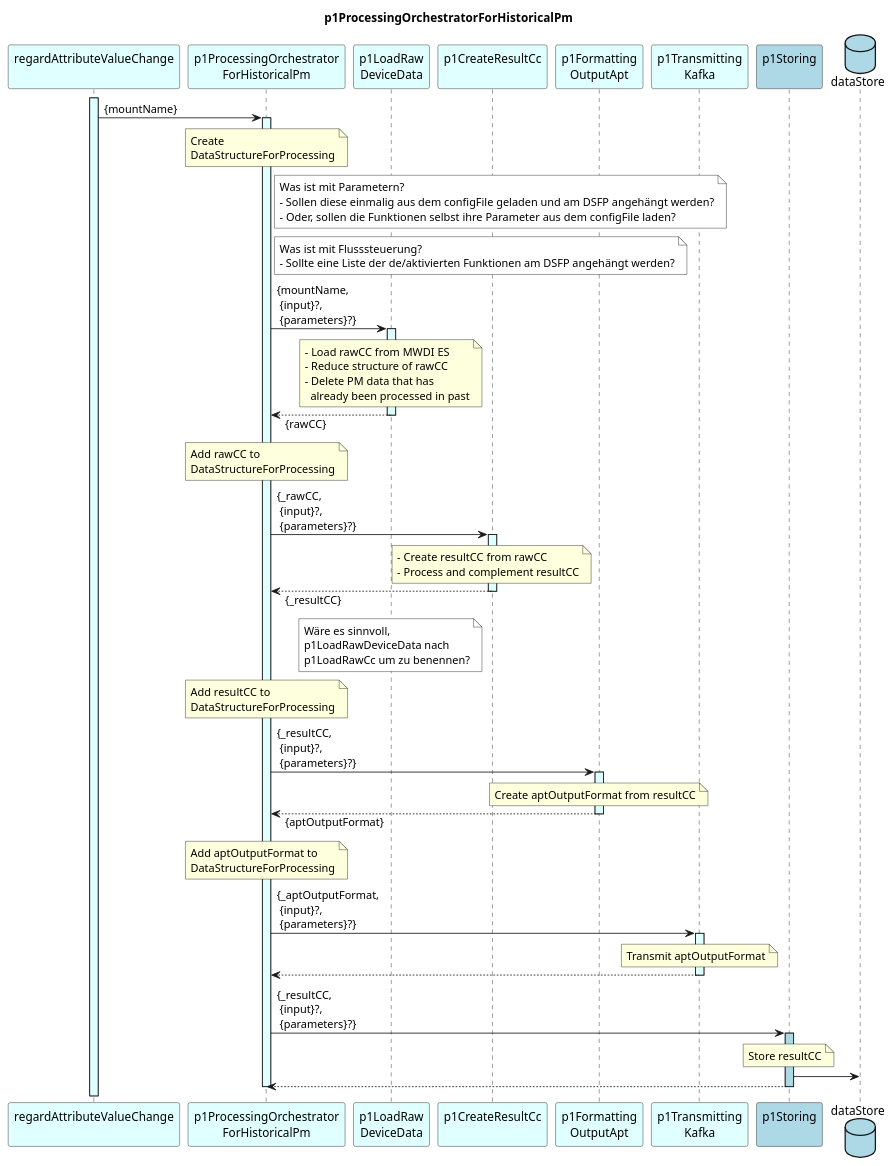
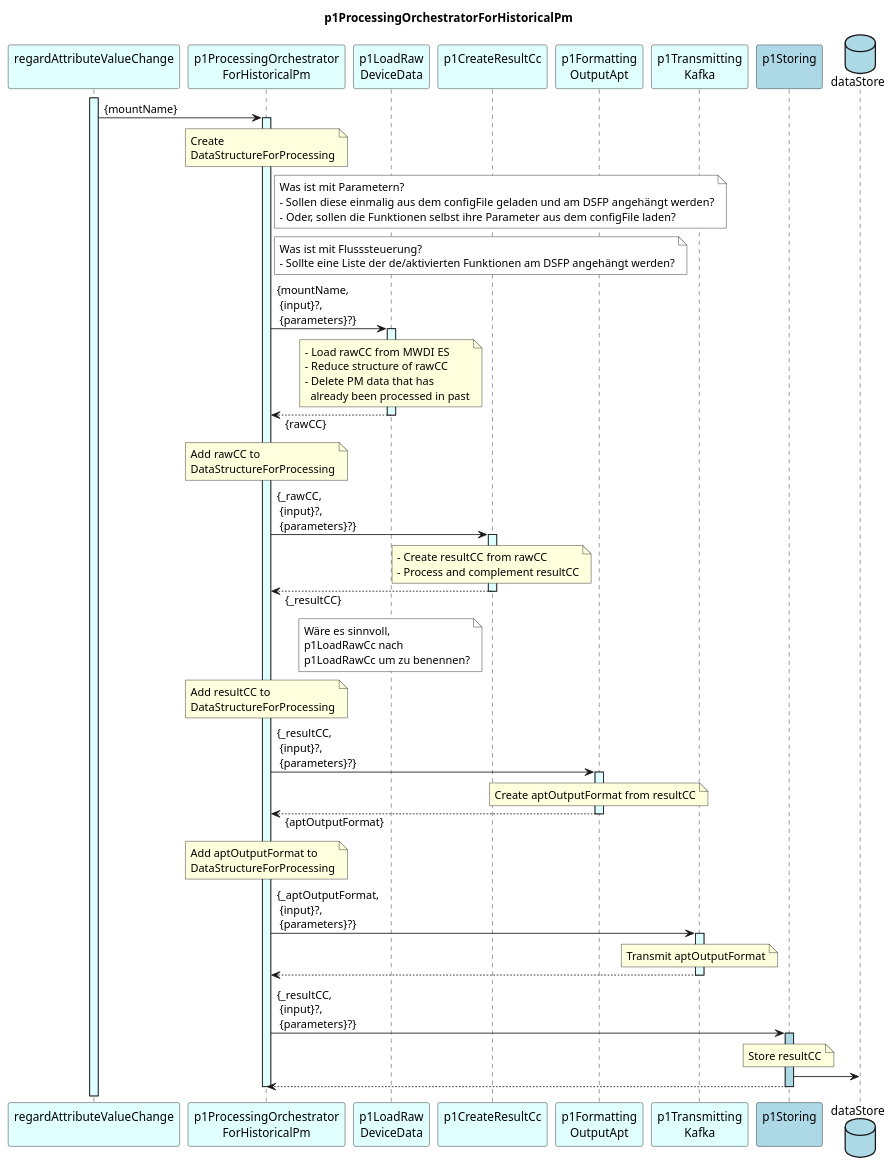
The diagram in spec/Functions/specificFunctions/p1ProcessingPmData/1.0.0/p1ProcessingOrchestratorForHistoricalPmData.plantuml (openBackhaul/DevicePerformanceManagementDataProcessor), drawn with PlantUML before and after one commit. The commit also changed 12 other files, not shown here.

Commit message:
Rename p1LoadRawDeviceData to p1LoadRawCc

```diff
--- a/spec/Functions/specificFunctions/p1ProcessingPmData/1.0.0/p1ProcessingOrchestratorForHistoricalPmData.plantuml
+++ b/spec/Functions/specificFunctions/p1ProcessingPmData/1.0.0/p1ProcessingOrchestratorForHistoricalPmData.plantuml
@@ -1,118 +1,118 @@
 @startuml hl_sequence
 skinparam responseMessageBelowArrow true
 
 title
   p1ProcessingOrchestratorForHistoricalPm
 end title
 
 participant "regardAttributeValueChange\n" as requestor #LightCyan
 participant "p1ProcessingOrchestrator\nForHistoricalPm" as p1ProOrch #LightCyan
 participant "p1LoadRaw\nDeviceData" as p1AddRaw #LightCyan
 participant "p1CreateResultCc\n" as p1CRC #LightCyan
 participant "p1Formatting\nOutputApt" as p1Output #LightCyan
 participant "p1Transmitting\nKafka" as p1Trans #LightCyan
 participant "p1Storing\n" as p1Store #LightBlue
 database "dataStore" as db #LightBlue
 
 
 activate requestor #LightCyan
 
 requestor -> p1ProOrch : {mountName}
 activate p1ProOrch #LightCyan
 
   note over p1ProOrch
     Create
     DataStructureForProcessing
   end note
 
   note right p1ProOrch #White
     Was ist mit Parametern?
     - Sollen diese einmalig aus dem configFile geladen und am DSFP angehängt werden?
     - Oder, sollen die Funktionen selbst ihre Parameter aus dem configFile laden?
   end note
 
   note right p1ProOrch #White
     Was ist mit Flusssteuerung?
     - Sollte eine Liste der de/aktivierten Funktionen am DSFP angehängt werden?
   end note
 
   p1ProOrch -> p1AddRaw : {mountName,\n {input}?,\n {parameters}?}
   activate p1AddRaw #LightCyan
 
     note over p1AddRaw
       - Load rawCC from MWDI ES
       - Reduce structure of rawCC
       - Delete PM data that has
         already been processed in past
     end note
 
   p1ProOrch <-- p1AddRaw : {rawCC}
   deactivate p1AddRaw
 
   note over p1ProOrch
     Add rawCC to
     DataStructureForProcessing
   end note
 
   p1ProOrch -> p1CRC : {_rawCC,\n {input}?,\n {parameters}?}
   activate p1CRC #LightCyan
 
     note over p1CRC
       - Create resultCC from rawCC
       - Process and complement resultCC
     end note
 
   p1ProOrch <-- p1CRC : {_resultCC}
   deactivate p1CRC
 
   note over p1AddRaw #White
     Wäre es sinnvoll,
-    p1LoadRawDeviceData nach
+    p1LoadRawCc nach
     p1LoadRawCc um zu benennen?
   end note
 
   note over p1ProOrch
     Add resultCC to
     DataStructureForProcessing
   end note
 
   p1ProOrch -> p1Output : {_resultCC,\n {input}?,\n {parameters}?}
   activate p1Output #LightCyan
 
     note over p1Output
       Create aptOutputFormat from resultCC
     end note
 
   p1ProOrch <-- p1Output : {aptOutputFormat}
   deactivate p1Output
 
   note over p1ProOrch
     Add aptOutputFormat to
     DataStructureForProcessing
   end note
 
   p1ProOrch -> p1Trans : {_aptOutputFormat,\n {input}?,\n {parameters}?}
   activate p1Trans #LightCyan
 
     note over p1Trans
       Transmit aptOutputFormat
     end note
 
   p1ProOrch <-- p1Trans
   deactivate p1Trans
 
   p1ProOrch -> p1Store : {_resultCC,\n {input}?,\n {parameters}?}
   activate p1Store #LightBlue
 
     note over p1Store
       Store resultCC
     end note
 
     p1Store -> db
 
   p1ProOrch <-- p1Store
   deactivate p1Store
 
 deactivate p1ProOrch
 
 @enduml
```
